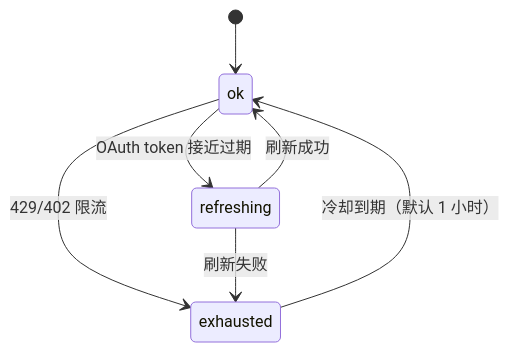
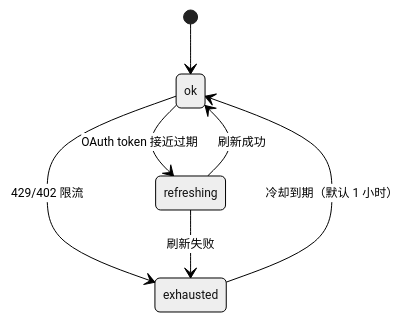
The seventh of 9 diagrams in docs/zh/drafts/02-draft.md (fang-lin/hermes-agent-code-analysis), drawn with Mermaid before and after one commit. The commit also changed other lines of this file and 1 other file, not shown here.

First line of the commit message:
第 02 章图表：添加 init 指令缩小字号 + 恢复信息量

````diff
--- a/docs/zh/drafts/02-draft.md
+++ b/docs/zh/drafts/02-draft.md
@@ -306,9 +315,10 @@
 ```mermaid
+%%{init: {"theme": "neutral", "themeVariables": {"fontSize": "12px"}}}%%
 stateDiagram-v2
     [*] --> ok
     ok --> exhausted : 429/402 限流
     exhausted --> ok : 冷却到期（默认 1 小时）
     ok --> refreshing : OAuth token 接近过期
     refreshing --> ok : 刷新成功
     refreshing --> exhausted : 刷新失败
 ```
````
